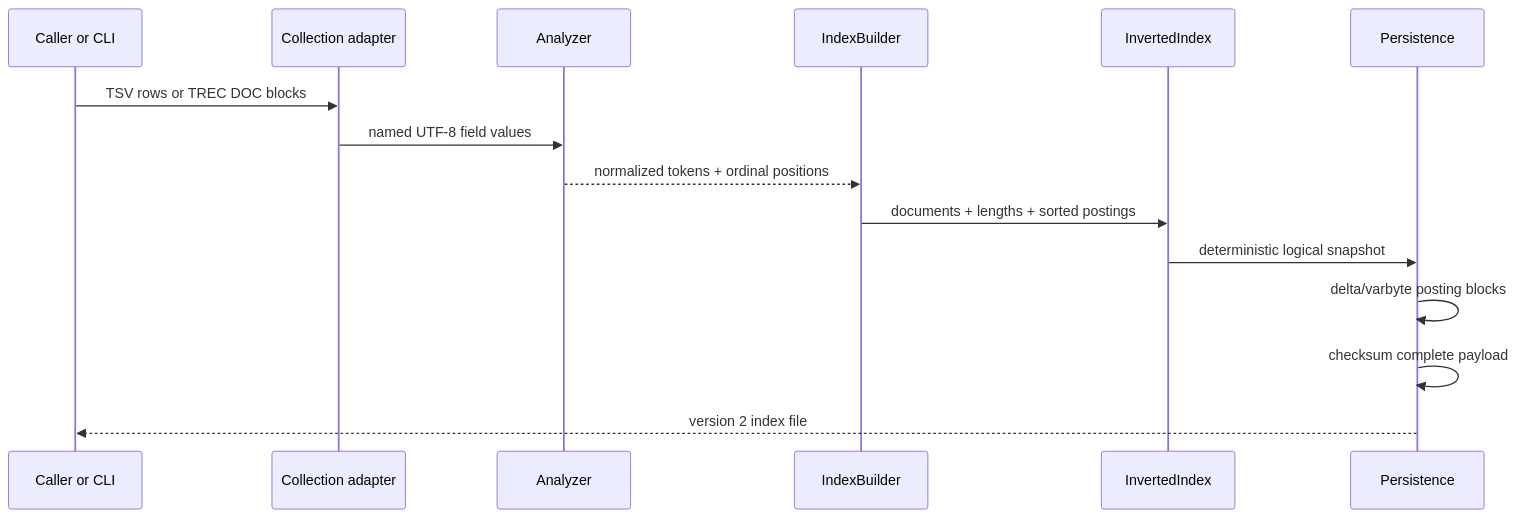
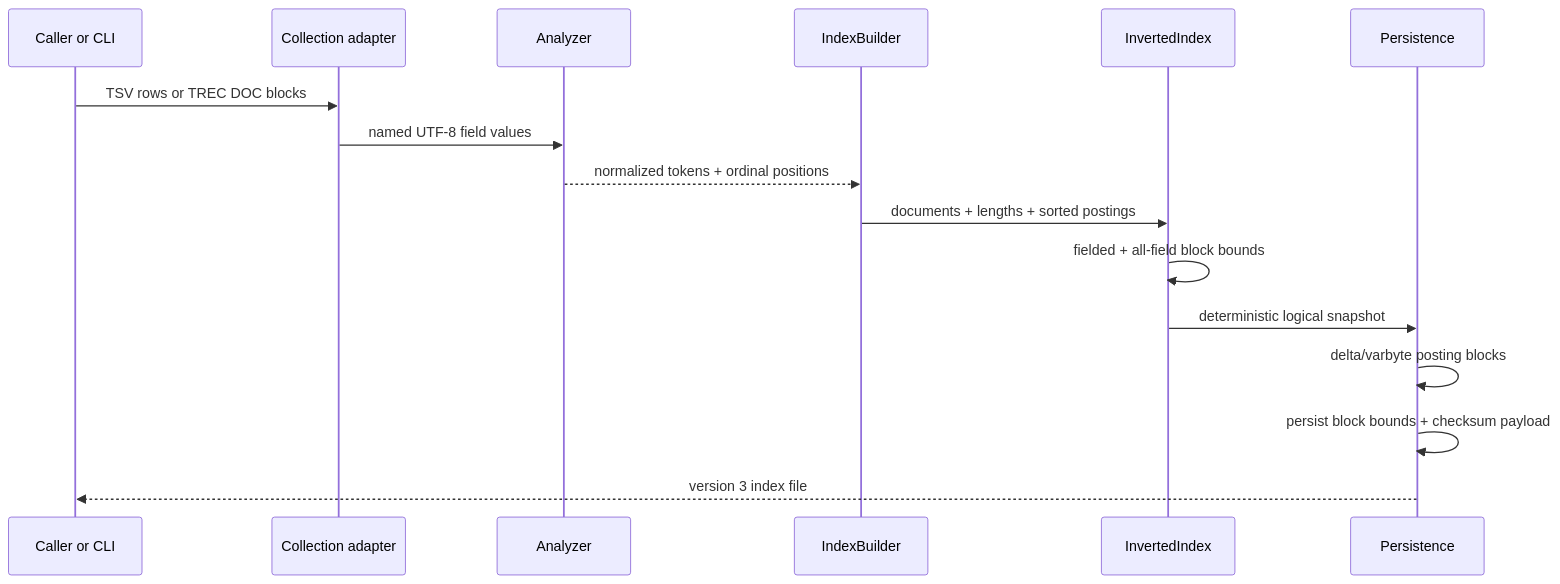
One commit to appleweiping/IndexSail changed the first of 2 diagrams in docs/architecture.md. Above: the diagram before and after it, drawn with Mermaid. The commit also changed other lines of this file and 20 other files, not shown here.

````diff
--- a/docs/architecture.md
+++ b/docs/architecture.md
@@ -21,18 +21,19 @@
 ```mermaid
 sequenceDiagram
     participant U as Caller or CLI
     participant A as Collection adapter
     participant N as Analyzer
     participant B as IndexBuilder
     participant I as InvertedIndex
     participant P as Persistence
 
     U->>A: TSV rows or TREC DOC blocks
     A->>N: named UTF-8 field values
     N-->>B: normalized tokens + ordinal positions
     B->>I: documents + lengths + sorted postings
+    I->>I: fielded + all-field block bounds
     I->>P: deterministic logical snapshot
     P->>P: delta/varbyte posting blocks
-    P->>P: checksum complete payload
-    P-->>U: version 2 index file
+    P->>P: persist block bounds + checksum payload
+    P-->>U: version 3 index file
 ```
````
